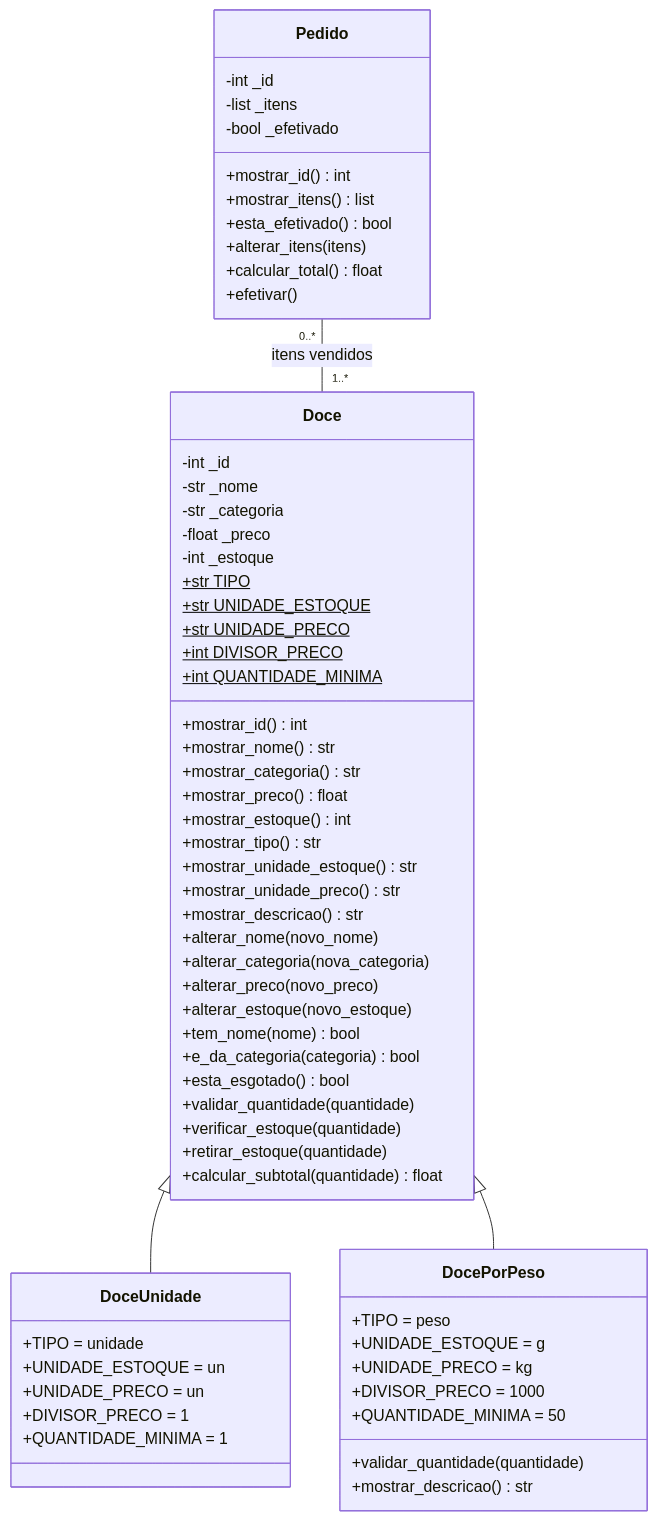
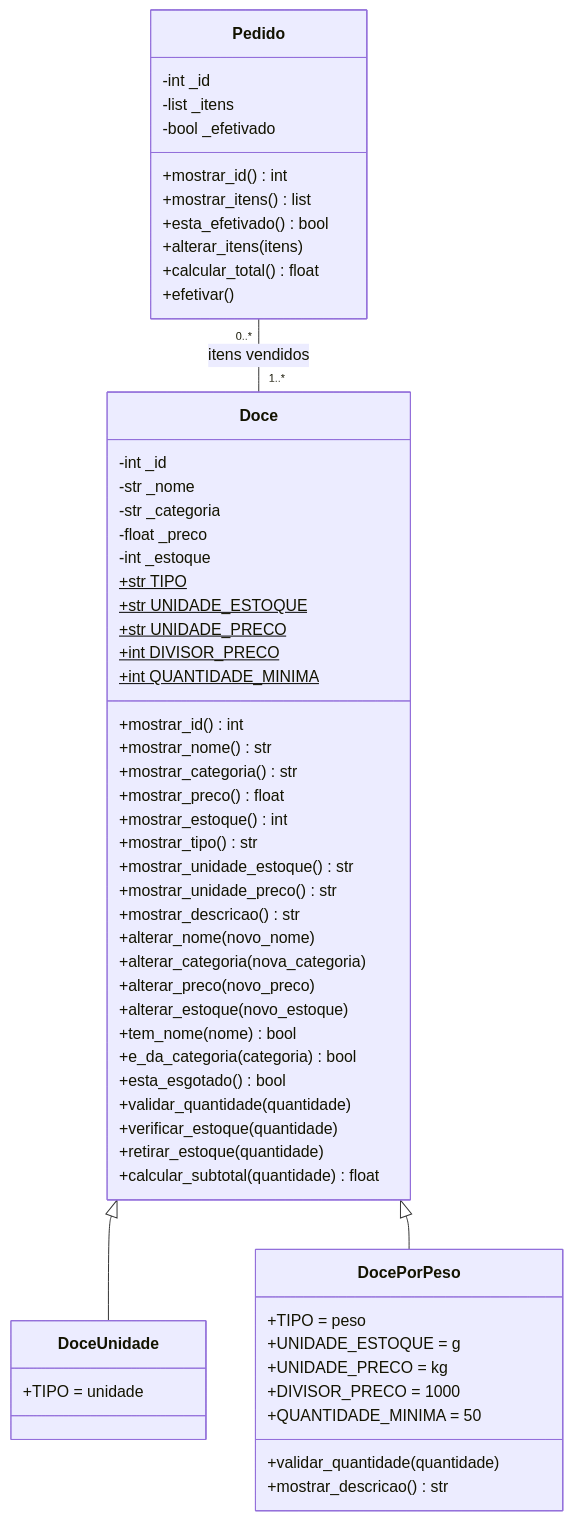
The diagram in README.md (gustav0barbosa-dev/doceria-api), drawn with Mermaid before and after one commit. The commit also changed other lines of this file, not shown here.

````diff
--- a/README.md
+++ b/README.md
@@ -24,66 +29,62 @@
 ```mermaid
 classDiagram
     class Doce {
         -int _id
         -str _nome
         -str _categoria
         -float _preco
         -int _estoque
         +str TIPO$
         +str UNIDADE_ESTOQUE$
         +str UNIDADE_PRECO$
         +int DIVISOR_PRECO$
         +int QUANTIDADE_MINIMA$
         +mostrar_id() int
         +mostrar_nome() str
         +mostrar_categoria() str
         +mostrar_preco() float
         +mostrar_estoque() int
         +mostrar_tipo() str
         +mostrar_unidade_estoque() str
         +mostrar_unidade_preco() str
         +mostrar_descricao() str
         +alterar_nome(novo_nome)
         +alterar_categoria(nova_categoria)
         +alterar_preco(novo_preco)
         +alterar_estoque(novo_estoque)
         +tem_nome(nome) bool
         +e_da_categoria(categoria) bool
         +esta_esgotado() bool
         +validar_quantidade(quantidade)
         +verificar_estoque(quantidade)
         +retirar_estoque(quantidade)
         +calcular_subtotal(quantidade) float
     }
     class DoceUnidade {
         +TIPO = unidade
-        +UNIDADE_ESTOQUE = un
-        +UNIDADE_PRECO = un
-        +DIVISOR_PRECO = 1
-        +QUANTIDADE_MINIMA = 1
     }
     class DocePorPeso {
         +TIPO = peso
         +UNIDADE_ESTOQUE = g
         +UNIDADE_PRECO = kg
         +DIVISOR_PRECO = 1000
         +QUANTIDADE_MINIMA = 50
         +validar_quantidade(quantidade)
         +mostrar_descricao() str
     }
     class Pedido {
         -int _id
         -list _itens
         -bool _efetivado
         +mostrar_id() int
         +mostrar_itens() list
         +esta_efetivado() bool
         +alterar_itens(itens)
         +calcular_total() float
         +efetivar()
     }
 
     Doce <|-- DoceUnidade
     Doce <|-- DocePorPeso
     Pedido "0..*" -- "1..*" Doce : itens vendidos
 ```
````
